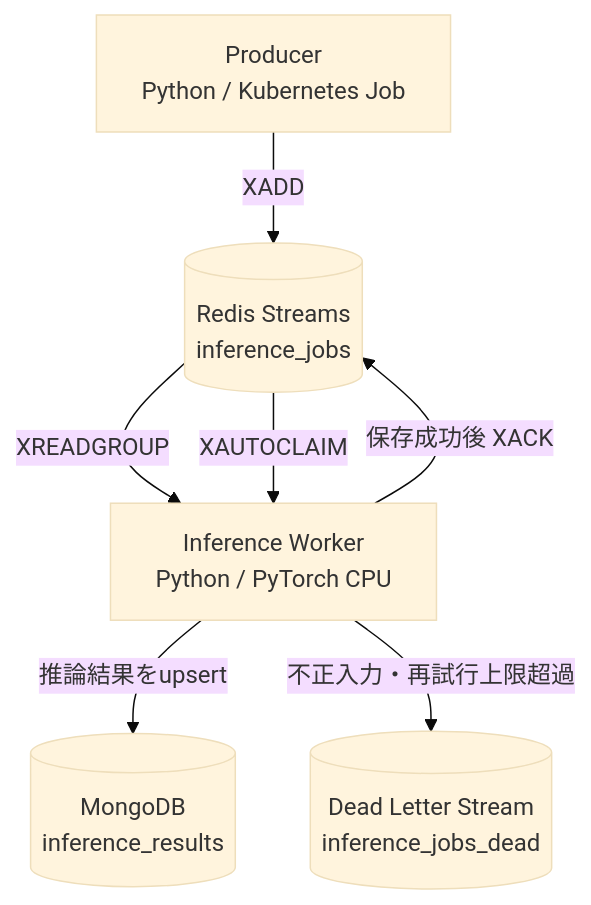
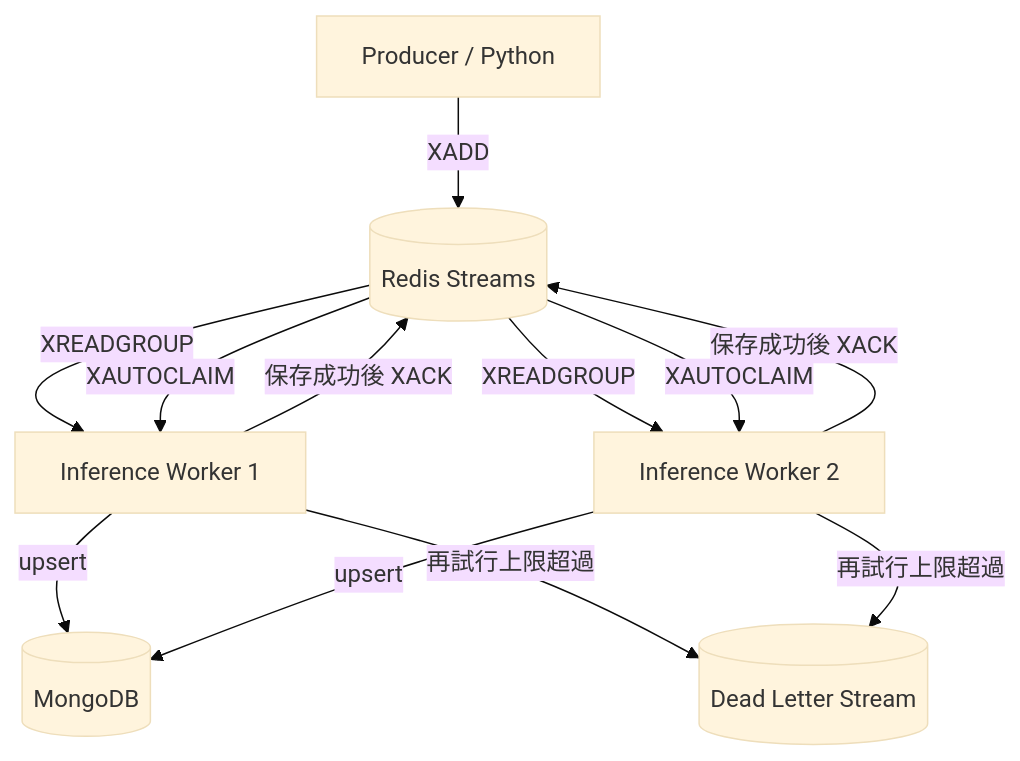
Before and after one commit to hironorikamiyama/ai-mobility-inference-poc: the diagram in README.md, drawn with Mermaid (base theme). The commit also changed other lines of this file and 9 other files, not shown here.

Commit message:
feat: add detailed inference benchmarking and MongoDB metrics

````diff
--- a/README.md
+++ b/README.md
@@ -20,15 +22,21 @@
 ```mermaid
 flowchart TD
-    P[Producer<br/>Python / Kubernetes Job]
-    R[(Redis Streams<br/>inference_jobs)]
-    W[Inference Worker<br/>Python / PyTorch CPU]
-    M[(MongoDB<br/>inference_results)]
-    D[(Dead Letter Stream<br/>inference_jobs_dead)]
+    P[Producer / Python]
+    R[(Redis Streams)]
+    W1[Inference Worker 1]
+    W2[Inference Worker 2]
+    M[(MongoDB)]
+    D[(Dead Letter Stream)]
 
     P -->|XADD| R
-    R -->|XREADGROUP| W
-    R -->|XAUTOCLAIM| W
-    W -->|推論結果をupsert| M
-    W -->|保存成功後 XACK| R
-    W -->|不正入力・再試行上限超過| D
+    R -->|XREADGROUP| W1
+    R -->|XREADGROUP| W2
+    R -->|XAUTOCLAIM| W1
+    R -->|XAUTOCLAIM| W2
+    W1 -->|upsert| M
+    W2 -->|upsert| M
+    W1 -->|保存成功後 XACK| R
+    W2 -->|保存成功後 XACK| R
+    W1 -->|再試行上限超過| D
+    W2 -->|再試行上限超過| D
 ```
````
